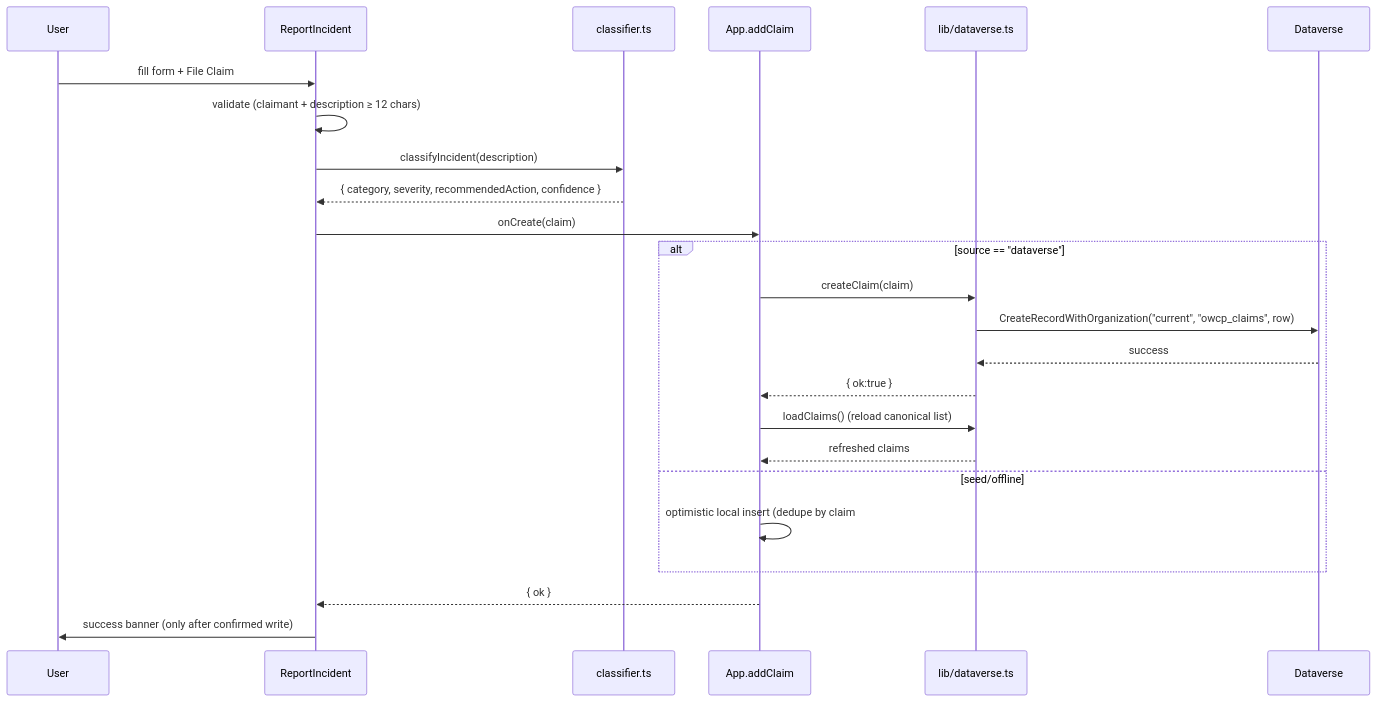
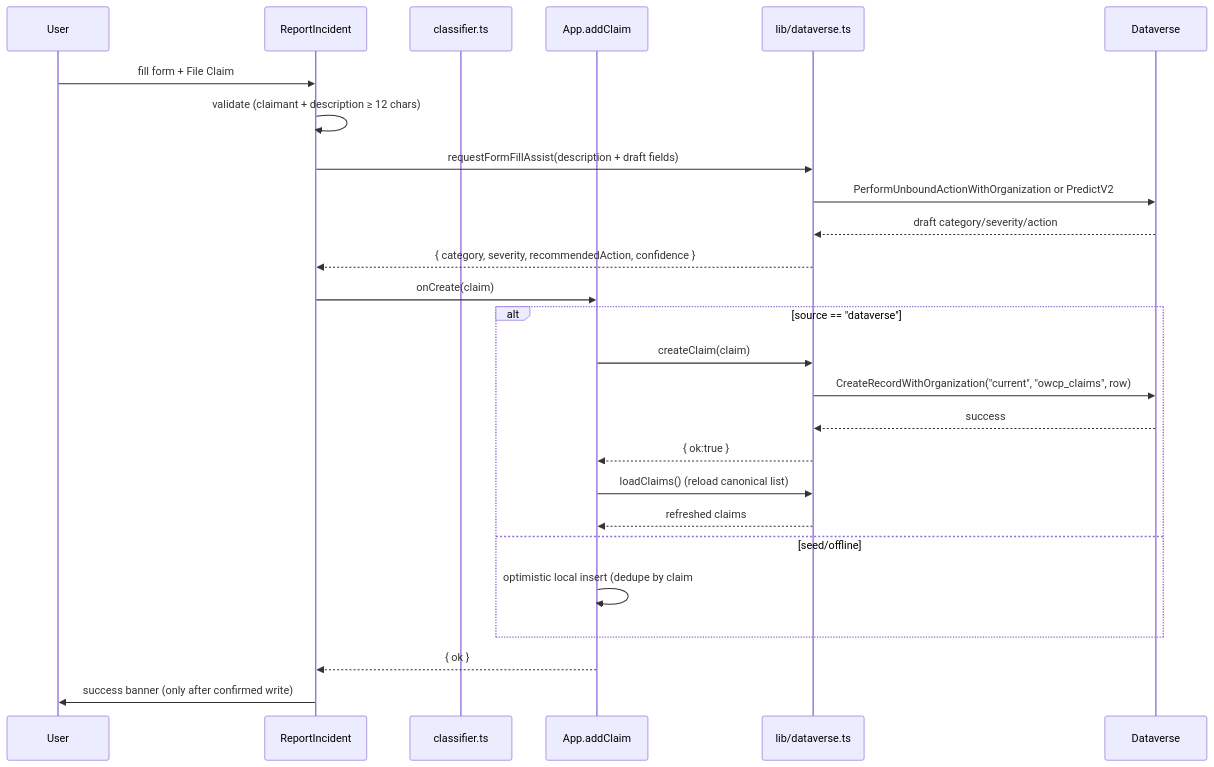
The third of 6 diagrams in README.md (dayour/claimsassist), drawn with Mermaid before and after one commit. The commit also changed other lines of this file and 39 other files, not shown here.

Commit message:
Update Claim Studio runtime docs and PDF schema

````diff
--- a/README.md
+++ b/README.md
@@ -112,27 +118,29 @@
 ```mermaid
 sequenceDiagram
     participant U as User
     participant RI as ReportIncident
     participant CL as classifier.ts
     participant APP as App.addClaim
     participant DL as lib/dataverse.ts
     participant DV as Dataverse
 
     U->>RI: fill form + File Claim
     RI->>RI: validate (claimant + description ≥ 12 chars)
-    RI->>CL: classifyIncident(description)
-    CL-->>RI: { category, severity, recommendedAction, confidence }
+    RI->>DL: requestFormFillAssist(description + draft fields)
+    DL->>DV: PerformUnboundActionWithOrganization or PredictV2
+    DV-->>DL: draft category/severity/action
+    DL-->>RI: { category, severity, recommendedAction, confidence }
     RI->>APP: onCreate(claim)
     alt source == "dataverse"
         APP->>DL: createClaim(claim)
         DL->>DV: CreateRecordWithOrganization("current", "owcp_claims", row)
         DV-->>DL: success
         DL-->>APP: { ok:true }
         APP->>DL: loadClaims()  (reload canonical list)
         DL-->>APP: refreshed claims
     else seed/offline
         APP->>APP: optimistic local insert (dedupe by claim #)
     end
     APP-->>RI: { ok }
     RI->>U: success banner (only after confirmed write)
 ```
````
